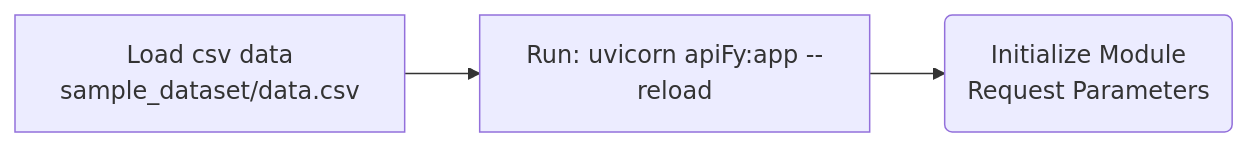
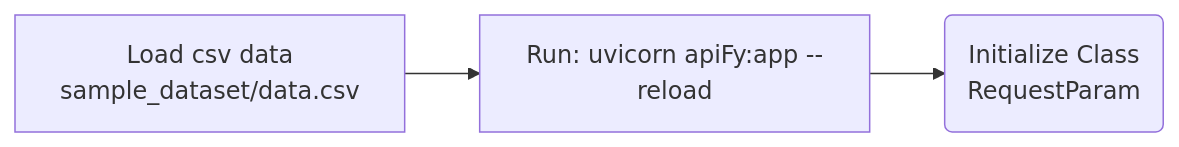
One commit to mhennn/APIFY changed the diagram in README.md. Above: the diagram before and after it, drawn with Mermaid.

Commit message:
Revise README mermaid flow

````diff
--- a/README.md
+++ b/README.md
@@ -44,5 +44,5 @@
 ```mermaid
 graph LR
     A[Load csv data<br/>sample_dataset/data.csv] --> B[Run: uvicorn apiFy:app --reload]
-    B --> C(Initialize Module<br/>Request Parameters)
+    B --> C(Initialize Class<br/>RequestParam)
 ```
````
